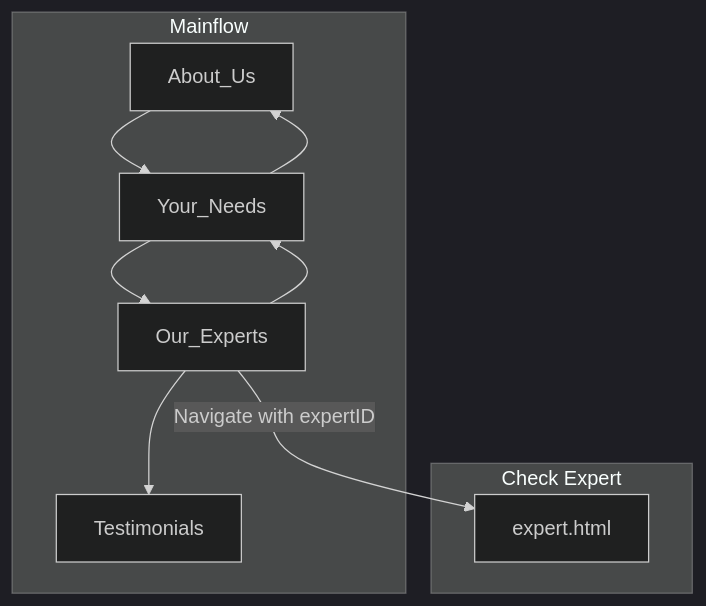
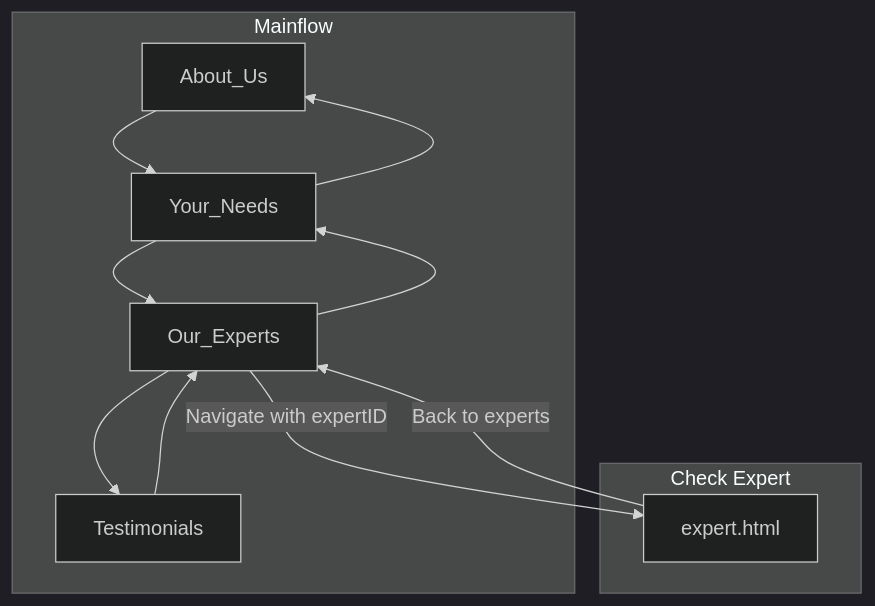
One commit to FAC29A/alex-portfolio changed the diagram in learnings/markup.md. Above: the diagram before and after it, drawn with Mermaid (dark theme).

````diff
--- a/learnings/markup.md
+++ b/learnings/markup.md
@@ -32,15 +32,18 @@
 ```mermaid
 graph TD;
 
     subgraph Mainflow
         About_Us-->Your_Needs;
         Your_Needs-->Our_Experts & About_Us;
         Our_Experts-->Testimonials & Your_Needs;
+        Testimonials-->Our_Experts;
     end
 
     subgraph Check Expert
         Our_Experts-->|Navigate with expertID|expert.html;
+        expert.html-->|Back to experts|Our_Experts;
     end
+
 
    
 ```
````
